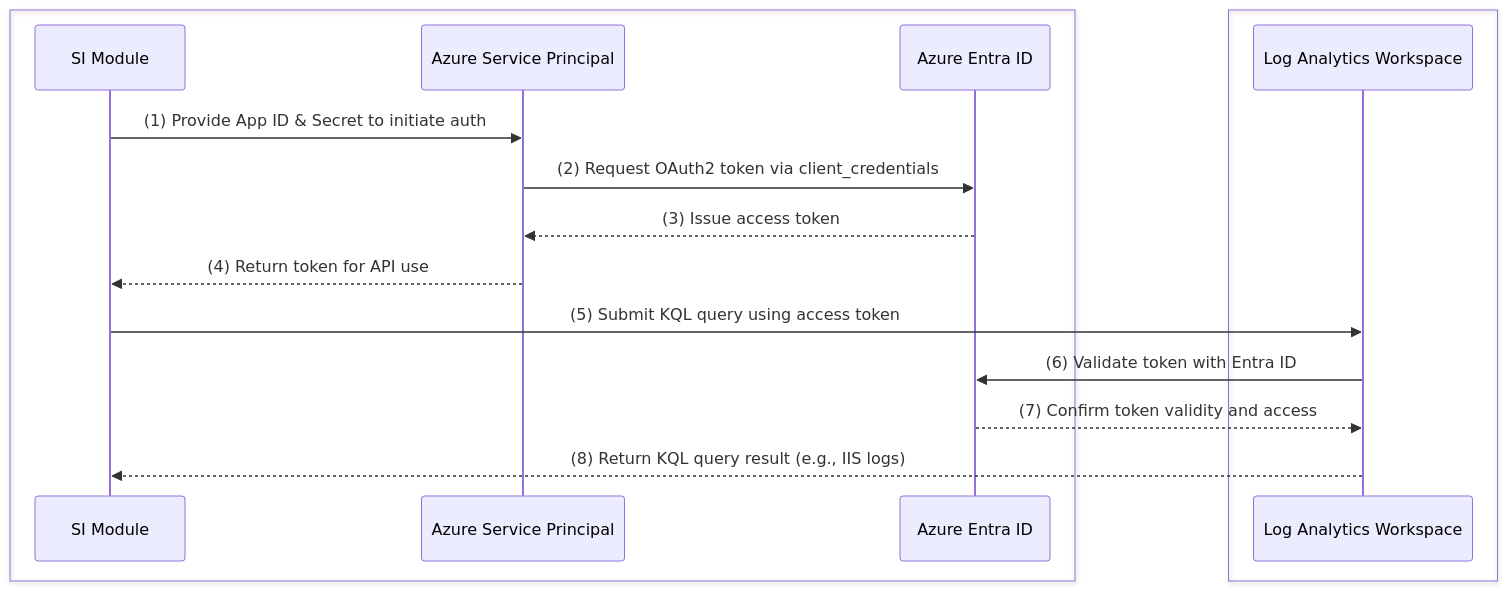
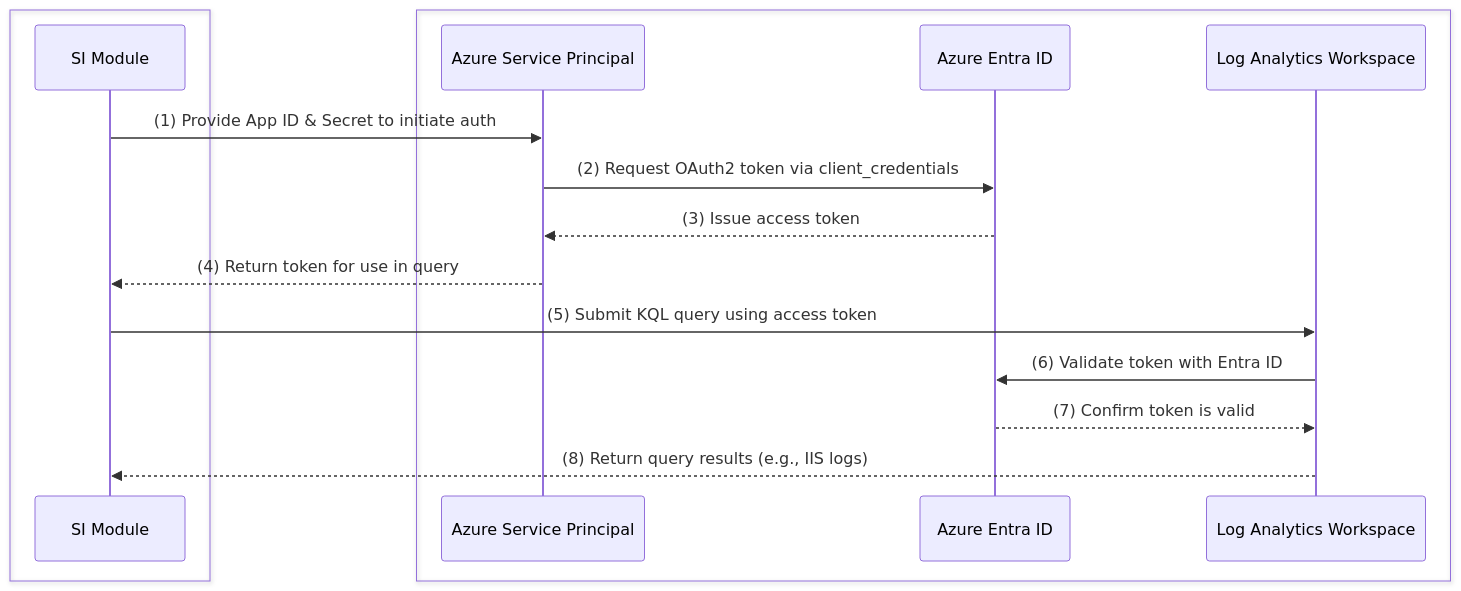
The first of 3 diagrams in README.md (oigbokwe73/Azure-Policy-On-Resource-Group), drawn with Mermaid before and after one commit. The commit also changed other lines of this file, not shown here.

````diff
--- a/README.md
+++ b/README.md
@@ -8,26 +8,26 @@
 ```mermaid
 sequenceDiagram
-    %% === Access Management Layer ===
-    box #e3f2fd:Access Management Layer (Azure Entra ID)
+    %% === Consumer Layer ===
+    box #fffde7:Consumer Layer (SI Module)
         participant SI as SI Module
+    end
+
+    %% === Azure Services Layer (Identity & Monitoring)
+    box #e3f2fd:Azure Identity & Monitoring Services
         participant SPN as Azure Service Principal
         participant Entra as Azure Entra ID
-    end
-
-    %% === Data Source Layer ===
-    box #e8f5e9:Data Source Layer (Azure Monitor)
         participant LAW as Log Analytics Workspace
     end
 
-    %% === Step 1: Authenticate
+    %% Step 1: Authentication Process
     SI->>SPN: (1) Provide App ID & Secret to initiate auth
     SPN->>Entra: (2) Request OAuth2 token via client_credentials
     Entra-->>SPN: (3) Issue access token
-    SPN-->>SI: (4) Return token for API use
+    SPN-->>SI: (4) Return token for use in query
 
-    %% === Step 2: Query Execution
+    %% Step 2: Query Execution
     SI->>LAW: (5) Submit KQL query using access token
     LAW->>Entra: (6) Validate token with Entra ID
-    Entra-->>LAW: (7) Confirm token validity and access
-    LAW-->>SI: (8) Return KQL query result (e.g., IIS logs)
+    Entra-->>LAW: (7) Confirm token is valid
+    LAW-->>SI: (8) Return query results (e.g., IIS logs)
 ```
````
